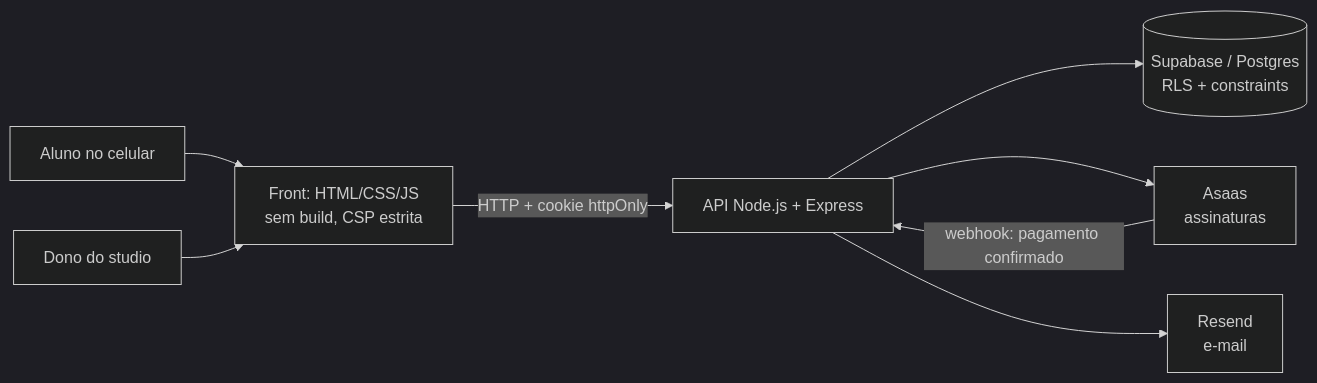
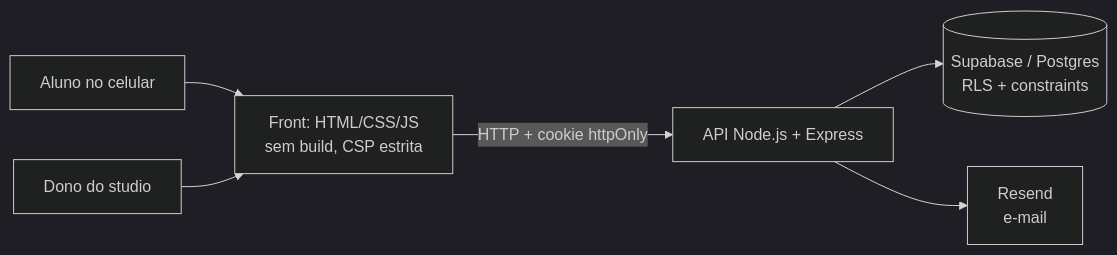
One commit to arthurbarreto07/fitstudio-showcase changed the diagram in README.md. Above: the diagram before and after it, drawn with Mermaid (dark theme). The commit also changed other lines of this file, not shown here.

Commit message:
README: remove cobrança e gateway de pagamento

````diff
--- a/README.md
+++ b/README.md
@@ -47,10 +46,8 @@
 ```mermaid
 flowchart LR
   A[Aluno no celular] --> F[Front: HTML/CSS/JS<br/>sem build, CSP estrita]
   S[Dono do studio] --> F
   F -->|HTTP + cookie httpOnly| API[API Node.js + Express]
   API --> DB[(Supabase / Postgres<br/>RLS + constraints)]
-  API --> AS[Asaas<br/>assinaturas]
-  AS -->|webhook: pagamento confirmado| API
   API --> EM[Resend<br/>e-mail]
 ```
````
